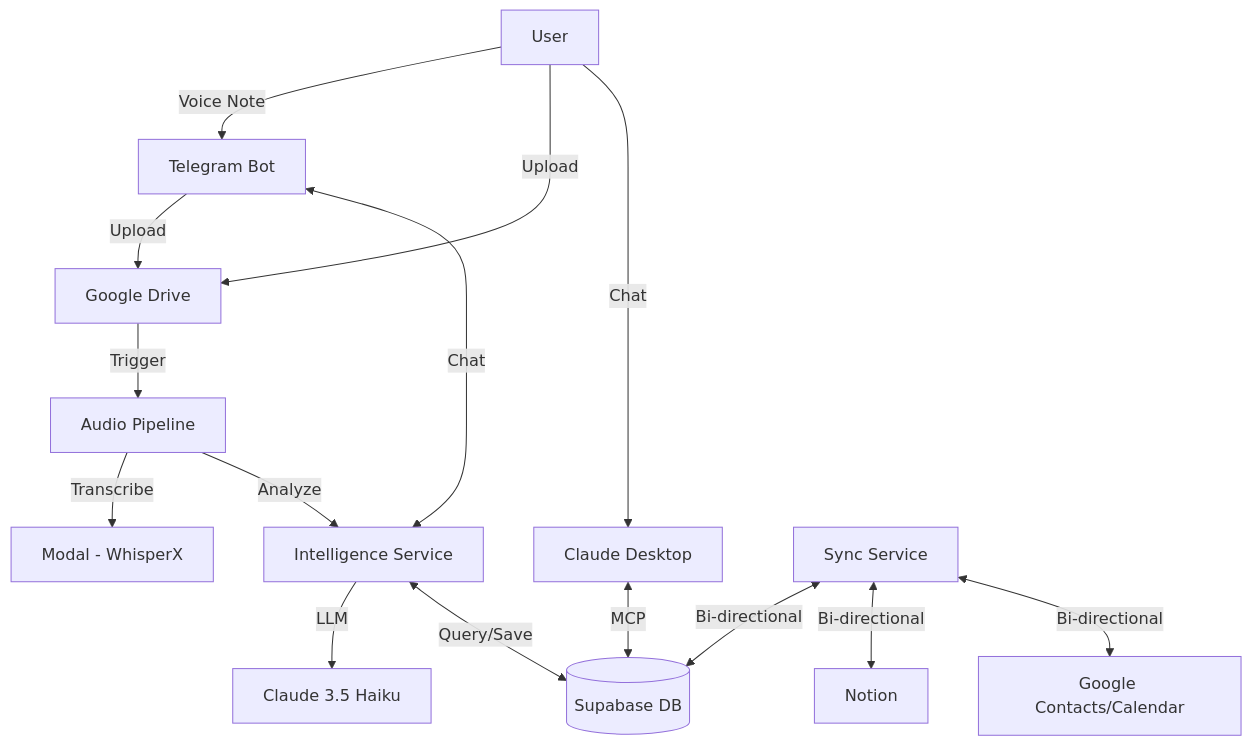
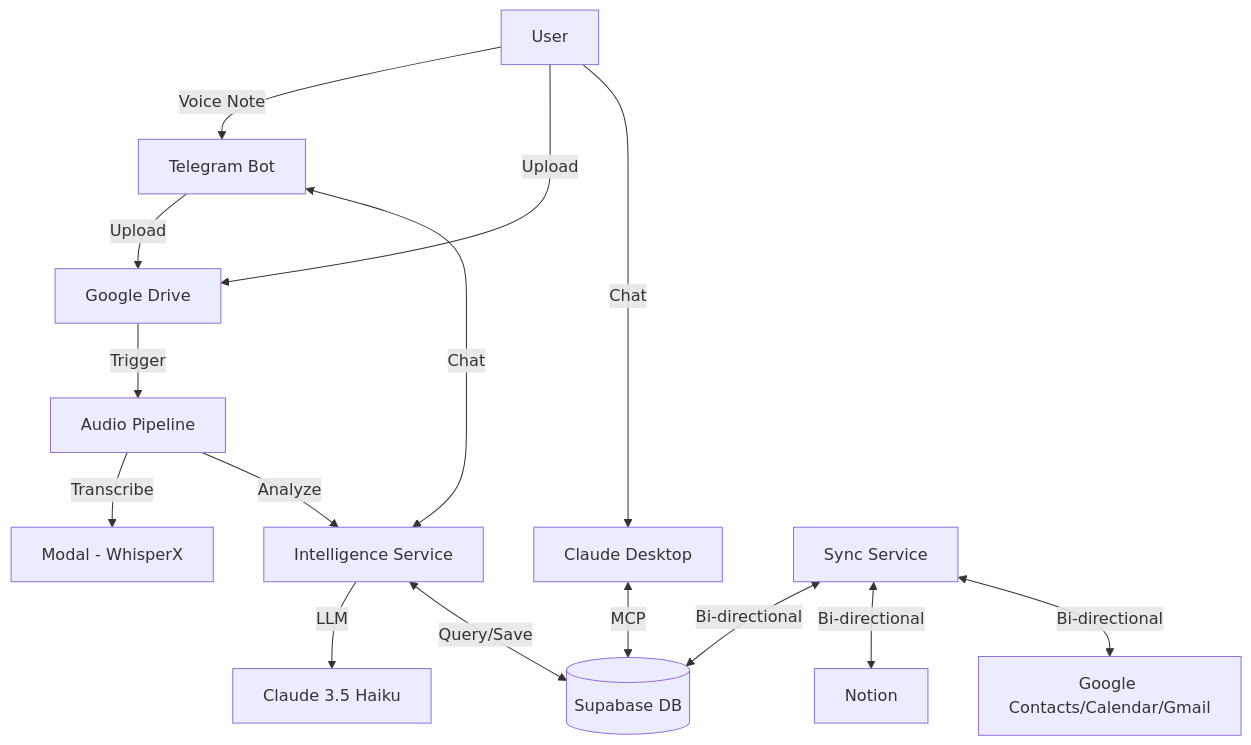
The diagram in README.md (JulienMaterno/jarvis-ecosystem), drawn with Mermaid before and after one commit. The commit also changed other lines of this file and 1 other file, not shown here.

````diff
--- a/README.md
+++ b/README.md
@@ -78,23 +78,23 @@
 ```mermaid
 graph TD
     User[User] -->|Voice Note| Telegram[Telegram Bot]
     User -->|Upload| Drive[Google Drive]
     User -->|Chat| ClaudeDesktop[Claude Desktop]
     
     Telegram -->|Upload| Drive
     Telegram <-->|Chat| Intelligence[Intelligence Service]
     
     Drive -->|Trigger| AudioPipeline[Audio Pipeline]
     
     AudioPipeline -->|Transcribe| Modal[Modal - WhisperX]
     AudioPipeline -->|Analyze| Intelligence
     
     Intelligence -->|LLM| Claude[Claude 3.5 Haiku]
     Intelligence <-->|Query/Save| Supabase[(Supabase DB)]
     
     ClaudeDesktop <-->|MCP| Supabase
     
     Sync[Sync Service] <-->|Bi-directional| Supabase
     Sync <-->|Bi-directional| Notion[Notion]
-    Sync <-->|Bi-directional| Google[Google Contacts/Calendar]
+    Sync <-->|Bi-directional| Google[Google Contacts/Calendar/Gmail]
 ```
````
